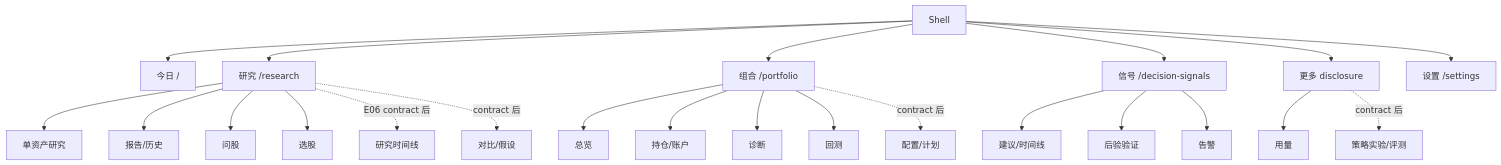
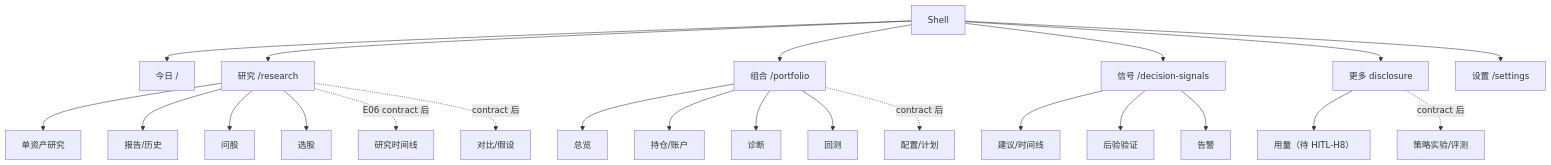
The second of 2 diagrams in docs/stockpulse-ui-information-architecture.md (SiinXu/stock-pulse-ai), drawn with Mermaid before and after one commit. The commit also changed other lines of this file, not shown here.

Commit message:
docs: converge StockPulse UI architecture contracts

````diff
--- a/docs/stockpulse-ui-information-architecture.md
+++ b/docs/stockpulse-ui-information-architecture.md
@@ -190,29 +193,29 @@
 ```mermaid
 flowchart TD
   Shell --> Today[今日 /]
   Shell --> Research[研究 /research]
   Shell --> PortfolioIA[组合 /portfolio]
   Shell --> SignalIA[信号 /decision-signals]
   Shell --> More[更多 disclosure]
   Shell --> SettingsIA[设置 /settings]
 
   Research --> Asset[单资产研究]
   Research --> Reports[报告/历史]
   Research --> Ask[问股]
   Research --> ScreeningIA[选股]
   Research -. E06 contract 后 .-> Timeline[研究时间线]
   Research -. contract 后 .-> Compare[对比/假设]
 
   PortfolioIA --> Overview[总览]
   PortfolioIA --> Positions[持仓/账户]
   PortfolioIA --> Diagnostics[诊断]
   PortfolioIA --> BacktestIA[回测]
   PortfolioIA -. contract 后 .-> Allocation[配置/计划]
 
   SignalIA --> SignalList[建议/时间线]
   SignalIA --> Validation[后验验证]
   SignalIA --> AlertIA[告警]
 
-  More --> UsageIA[用量]
+  More --> UsageIA[用量（待 HITL-H8）]
   More -. contract 后 .-> Experiments[策略实验/评测]
 ```
````
